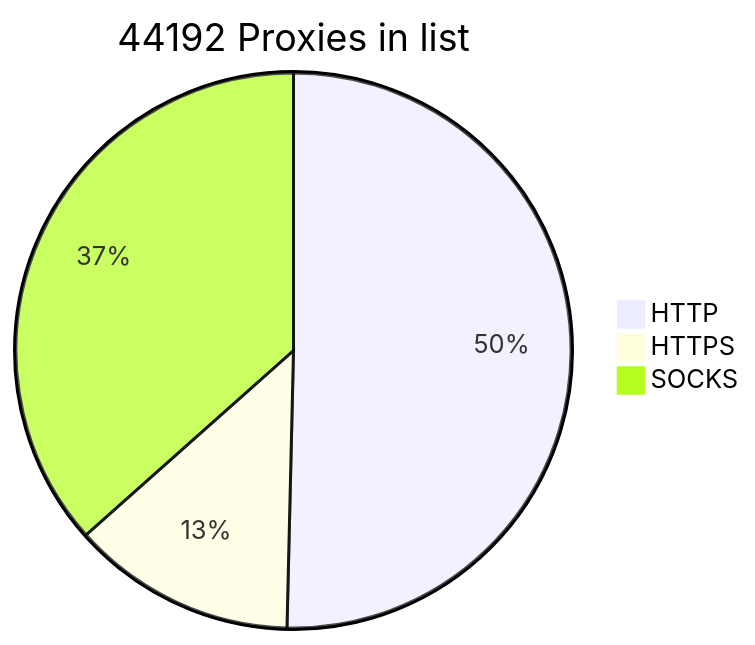
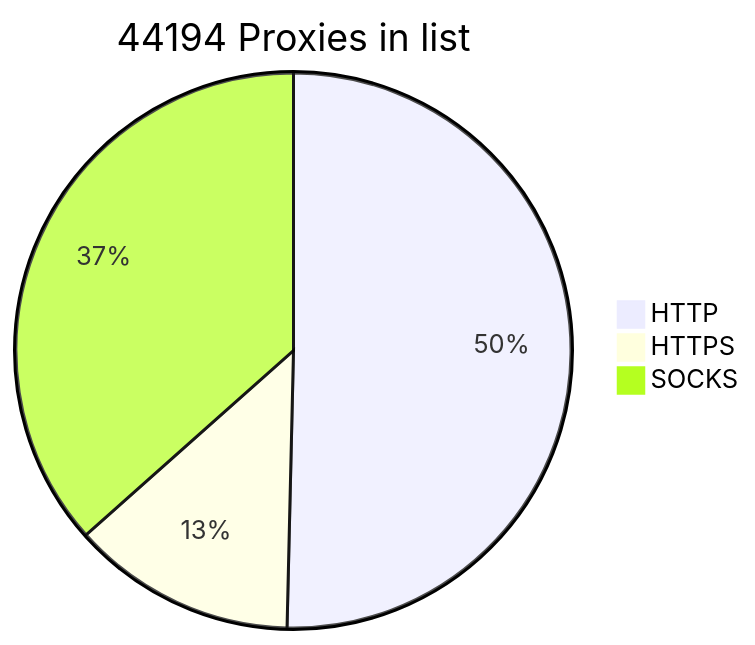
The diagram in README.md (BlackSnowDot/proxylist-update-every-minute), drawn with Mermaid before and after one commit.

````diff
--- a/README.md
+++ b/README.md
@@ -2,6 +2,6 @@
 ```mermaid
-pie title 44192 Proxies in list
+pie title 44194 Proxies in list
     "HTTP" : 24831
-    "HTTPS": 6439
+    "HTTPS": 6442
     "SOCKS" : 18024
 ```
````
